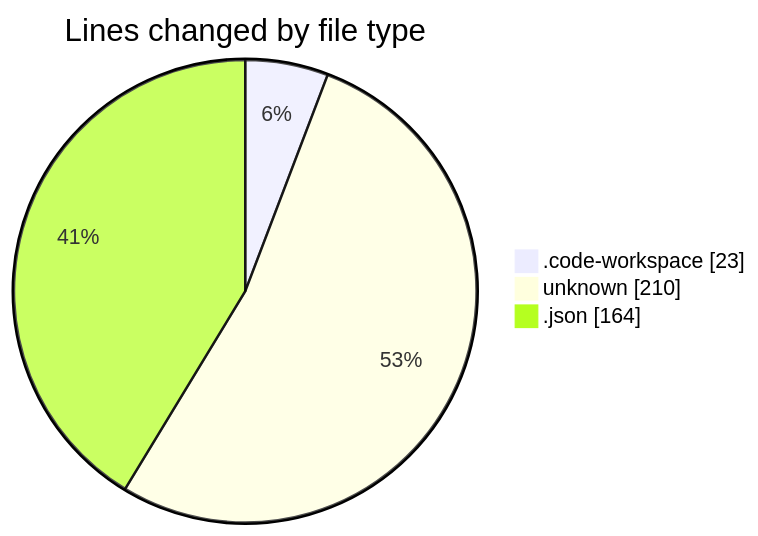
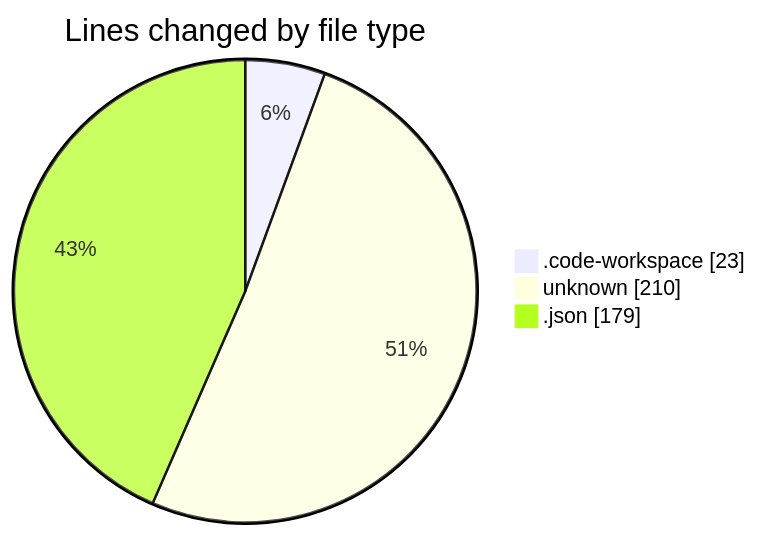
Before and after one commit to jadenblack/code-tracking: the first of 2 diagrams in 2026-03-02/shadcn-admin-kit-main__workspace_/README.md, drawn with Mermaid. The commit also changed other lines of this file and 1 other file, not shown here.

````diff
--- a/2026-03-02/shadcn-admin-kit-main__workspace_/README.md
+++ b/2026-03-02/shadcn-admin-kit-main__workspace_/README.md
@@ -24,7 +25,7 @@
 ```mermaid
 pie showData
 title Lines changed by file type
 ".code-workspace" : 23
 "unknown" : 210
-".json" : 164
+".json" : 179
 ```
````
